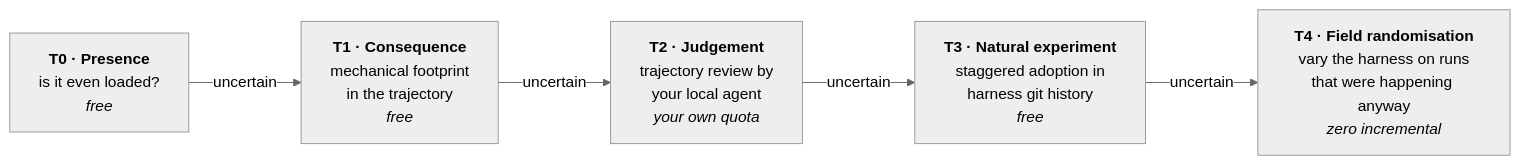
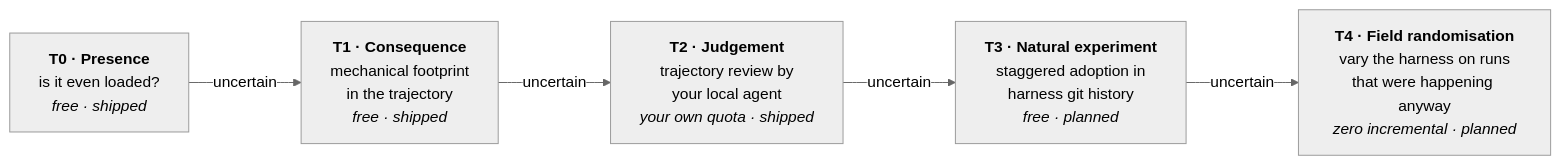
One commit to alebgl77/harnessmeter changed the diagram in README.md. Above: the diagram before and after it, drawn with Mermaid (neutral theme). The commit also changed other lines of this file and 9 other files, not shown here.

````diff
--- a/README.md
+++ b/README.md
@@ -86,10 +87,10 @@
 ```mermaid
 flowchart LR
-    T0["<b>T0 · Presence</b><br/>is it even loaded?<br/><i>free</i>"]
-    T1["<b>T1 · Consequence</b><br/>mechanical footprint<br/>in the trajectory<br/><i>free</i>"]
-    T2["<b>T2 · Judgement</b><br/>trajectory review by<br/>your local agent<br/><i>your own quota</i>"]
-    T3["<b>T3 · Natural experiment</b><br/>staggered adoption in<br/>harness git history<br/><i>free</i>"]
-    T4["<b>T4 · Field randomisation</b><br/>vary the harness on runs<br/>that were happening anyway<br/><i>zero incremental</i>"]
+    T0["<b>T0 · Presence</b><br/>is it even loaded?<br/><i>free · shipped</i>"]
+    T1["<b>T1 · Consequence</b><br/>mechanical footprint<br/>in the trajectory<br/><i>free · shipped</i>"]
+    T2["<b>T2 · Judgement</b><br/>trajectory review by<br/>your local agent<br/><i>your own quota · shipped</i>"]
+    T3["<b>T3 · Natural experiment</b><br/>staggered adoption in<br/>harness git history<br/><i>free · planned</i>"]
+    T4["<b>T4 · Field randomisation</b><br/>vary the harness on runs<br/>that were happening anyway<br/><i>zero incremental · planned</i>"]
 
     T0 -->|"uncertain"| T1 -->|"uncertain"| T2 -->|"uncertain"| T3 -->|"uncertain"| T4
 ```
````
